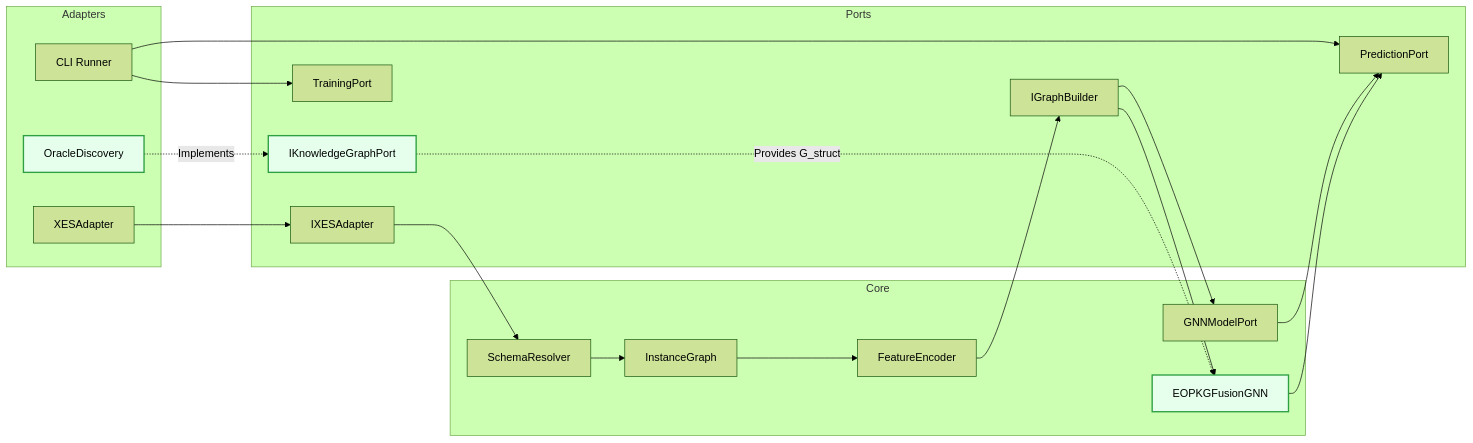
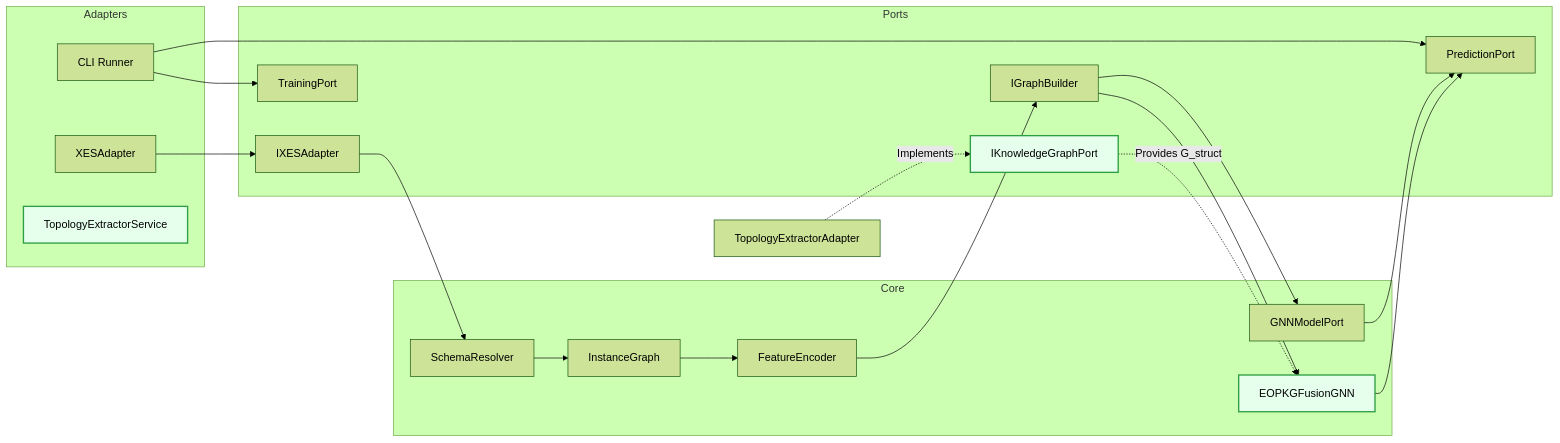
The second of 5 diagrams in docs/ARCHITECTURE_MVP2.MD (ghsrg/bpm_prediction), drawn with Mermaid (forest theme) before and after one commit. The commit also changed other lines of this file and 4 other files, not shown here.

````diff
--- a/docs/ARCHITECTURE_MVP2.MD
+++ b/docs/ARCHITECTURE_MVP2.MD
@@ -90,44 +90,44 @@
 ```mermaid
 flowchart LR
     classDef mvp2 fill:#e6ffed,stroke:#2ea043,stroke-width:2px,color:#000;
 
     subgraph Core
         Resolver[SchemaResolver]
         Graph[InstanceGraph]
         Encoder[FeatureEncoder]
         Model[GNNModelPort]
         FusionModel[EOPKGFusionGNN]:::mvp2
     end
 
     subgraph Ports
         DataPort[IXESAdapter]
         TrainPort[TrainingPort]
         PredictPort[PredictionPort]
         GraphPort[IGraphBuilder]
         KGPort[IKnowledgeGraphPort]:::mvp2
     end
 
     subgraph Adapters
         XESAdapter[XESAdapter]
         CLIAdapter[CLI Runner]
-        OracleAdapter[OracleDiscovery]:::mvp2
+        TopologyExtractorService[TopologyExtractorService]:::mvp2
     end
 
     XESAdapter --> DataPort
     CLIAdapter --> TrainPort
     CLIAdapter --> PredictPort
 
     DataPort --> Resolver
-    OracleAdapter -.->|Implements| KGPort
+    TopologyExtractorAdapter -.->|Implements| KGPort
     
     Resolver --> Graph
     Graph --> Encoder
     Encoder --> GraphPort
     GraphPort --> Model
     GraphPort --> FusionModel
     
     KGPort -.->|Provides G_struct| FusionModel
     
     Model --> PredictPort
     FusionModel --> PredictPort
 ```
````
